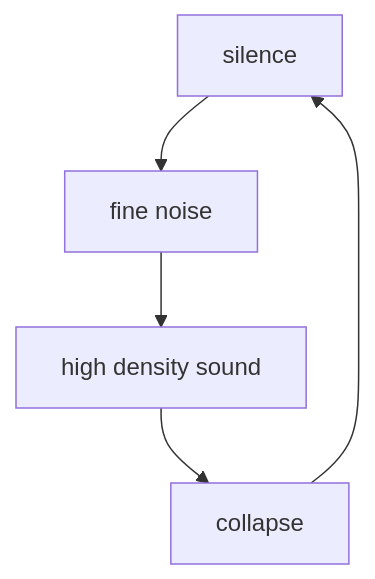
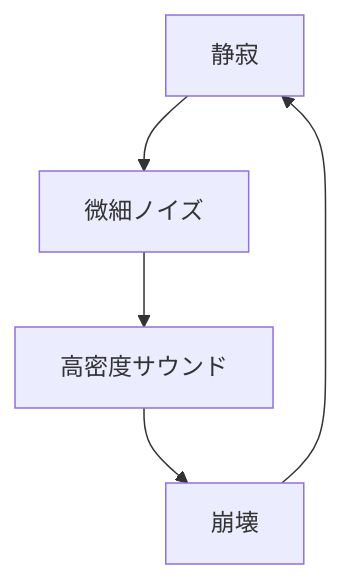
Before and after one commit to monumental-movement/monumental-movement.github.io: the third of 4 diagrams in en/_posts/2026-06-13-column-yhwh-nailgun.md, drawn with Mermaid. The commit also changed other lines of this file and 2196 other files, not shown here.

```diff
--- a/en/_posts/2026-06-13-column-yhwh-nailgun.md
+++ b/en/_posts/2026-06-13-column-yhwh-nailgun.md
@@ -127,7 +126,7 @@
 <div class="mermaid">
 flowchart TD
-A[silence] --> B[fine noise]
-B --> C[high density sound]
-C --> D[collapse]
+A[静寂] --> B[微細ノイズ]
+B --> C[高密度サウンド]
+C --> D[崩壊]
 D --> A
 </div>
```
